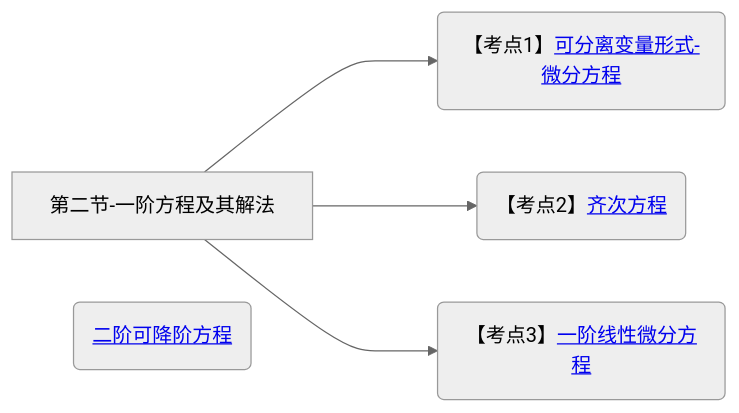
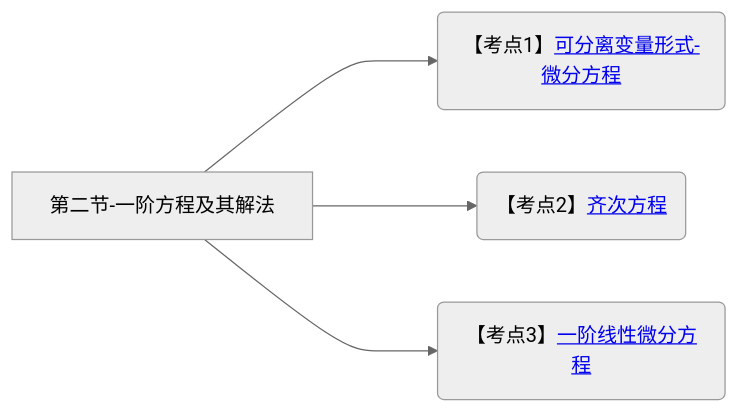
Before and after one commit to yuebinghui/note: diagram 24 of 25 in 笔记/数学/周洋鑫/01.基础班思维导图.md, drawn with Mermaid (neutral theme). The commit also changed other lines of this file and 3 other files, not shown here.

````diff
--- a/笔记/数学/周洋鑫/01.基础班思维导图.md
+++ b/笔记/数学/周洋鑫/01.基础班思维导图.md
@@ -840,15 +840,15 @@
 ```mermaid
 graph LR
 第二节-一阶方程及其解法
 
 第二节-一阶方程及其解法--->可分离变量形式-微分方程(【考点1】<a href="/Users/yuebinghui/Documents/program/github/note/笔记/数学/周洋鑫/基础班/27.定积分应用_2_and_微分方程_1.md#可分离变量形式-微分方程">可分离变量形式-微分方程</>)
 
 第二节-一阶方程及其解法--->齐次方程(【考点2】<a href="/Users/yuebinghui/Documents/program/github/note/笔记/数学/周洋鑫/基础班/28.微分方程_2.md#齐次方程">齐次方程</>)
 
 第二节-一阶方程及其解法--->一阶线性微分方程(【考点3】<a href="/Users/yuebinghui/Documents/program/github/note/笔记/数学/周洋鑫/基础班/28.微分方程_2.md#一阶线性微分方程">一阶线性微分方程</>)
 
-二阶可降阶方程(<a href="/Users/yuebinghui/Documents/program/github/note/笔记/数学/周洋鑫/基础班/28.微分方程_2.md#二阶可降阶方程">二阶可降阶方程</>)
+
 
 
 
 ```
````
